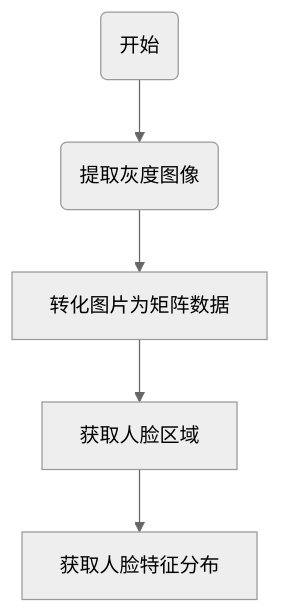
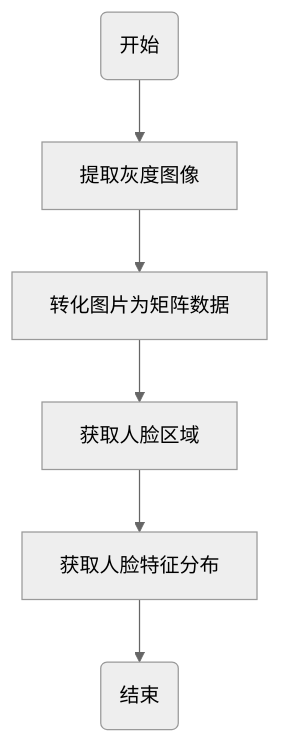
The first of 3 diagrams in README.md (sunowsir/ClassFocusRecog), drawn with Mermaid (neutral theme) before and after one commit. The commit also changed other lines of this file and 3 other files, not shown here.

````diff
--- a/README.md
+++ b/README.md
@@ -67,8 +67,9 @@
-    ```mermaid
-    graph TB
+        ```mermaid
+        graph TB
 
-    start(开始) --> cvtColor(提取灰度图像)
-    cvtColor(提取灰度图像) --> assign[ 转化图片为矩阵数据 ]
-    assign[ 转化图片为矩阵数据 ] --> detector[ 获取人脸区域 ]
-    detector[ 获取人脸区域 ] --> get_sharps[ 获取人脸特征分布 ]
+        mstart(开始) --> cvtColor[ 提取灰度图像 ]
+        cvtColor[ 提取灰度图像 ] --> assign[ 转化图片为矩阵数据 ]
+        assign[ 转化图片为矩阵数据 ] --> detector[ 获取人脸区域 ]
+        detector[ 获取人脸区域 ] --> get_sharps[ 获取人脸特征分布 ]
+        get_sharps[ 获取人脸特征分布 ] --> mend(结束)
     ```
````
